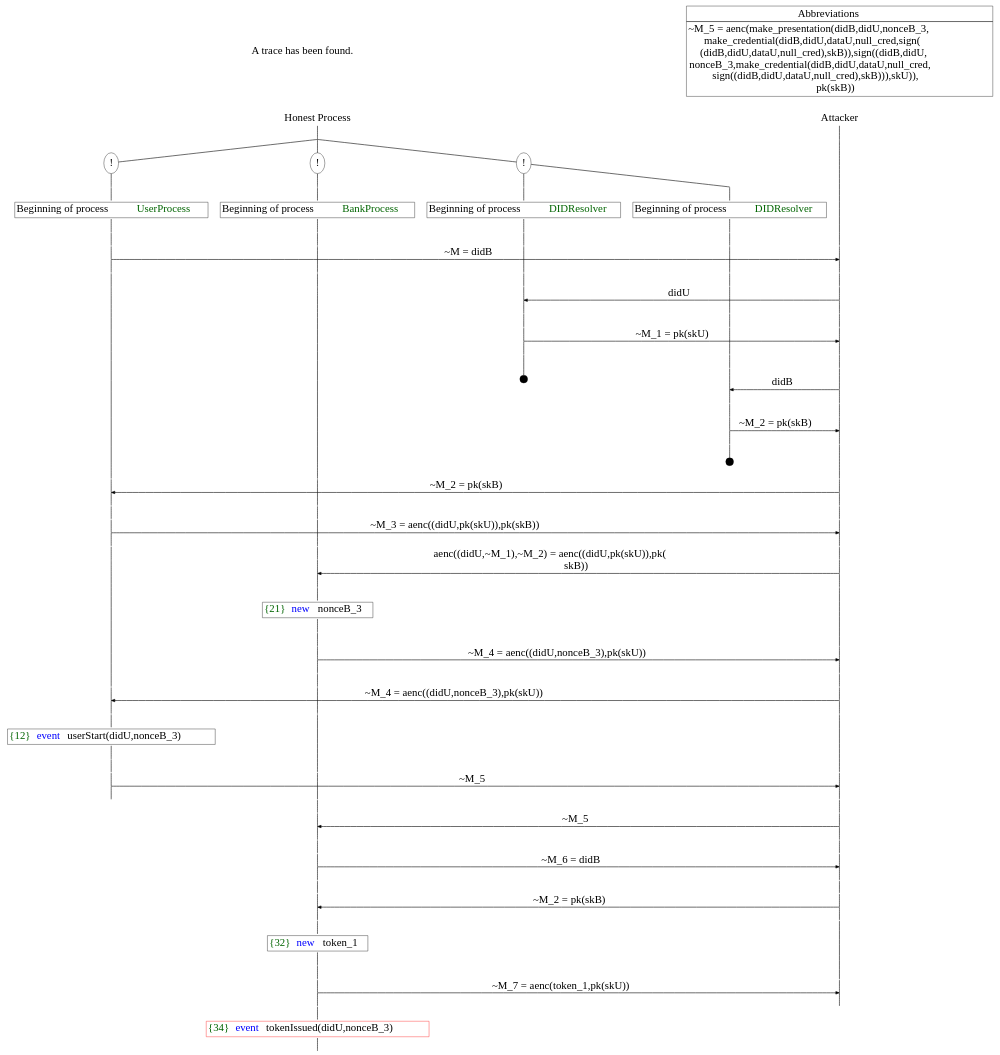
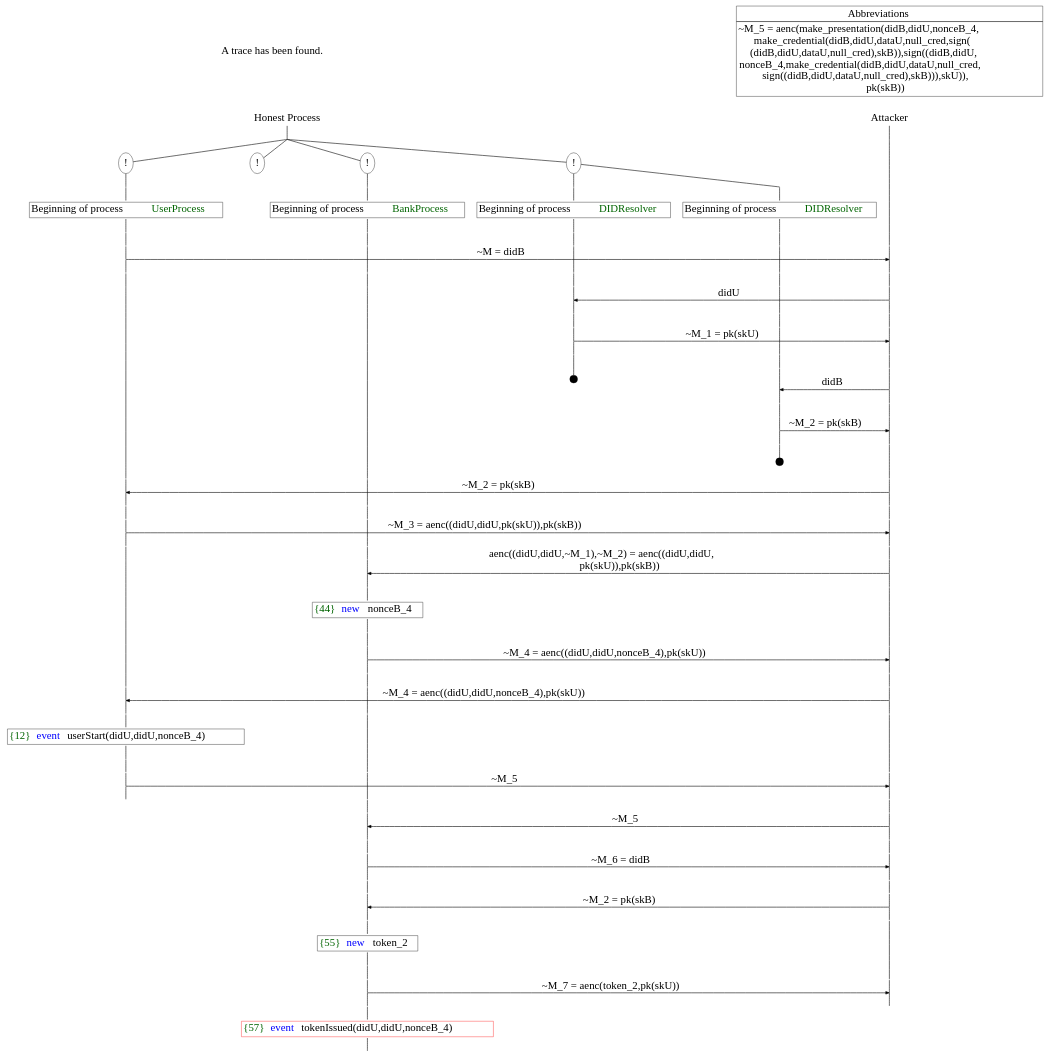
One commit to thphong/ssi-proverif changed the diagram in trace1.dot. Above: the diagram before and after it, drawn with Graphviz. The commit also changed 2 other files, not shown here.

```diff
--- a/trace1.dot
+++ b/trace1.dot
@@ -9,11 +9,12 @@
 Trace -> P0__0 [label = "", style = invisible, weight = 100]{rank = same; P0__0 P__0}
 P0__0 -> P0__1 [label = <>, weight = 100]
 /*RPar */
+P0__1 -> P0_3__1 [label = <>]
 P0__1 -> P0_2__1 [label = <>]
 P0__1 -> P0_1__1 [label = <>]
 P0__1 -> P0_0__1 [label = <>]
 P0__1 [label = "", fixedsize = false, width = 0, height = 0, shape = none]
-{rank = same; P0_0__1 P0_1__1 P0_2__1}
+{rank = same; P0_0__1 P0_1__1 P0_2__1 P0_3__1}
 P0_0__1 [label = "!", shape = ellipse]
 {rank = same; P0_0_1__1 P0_0_0__1}
 P0_0_1__1 [label = "", fixedsize = false, width = 0, height = 0, shape = none]
@@ -33,27 +34,32 @@
 P0_1_0__2 [shape = plaintext, label = <<TABLE BORDER="0" CELLBORDER="1" CELLSPACING="0" CELLPADDING="4"> <TR><TD>Beginning of process <FONT COLOR="darkgreen">BankProcess</FONT></TD></TR></TABLE>>]
 P0_1_0__2 -> P0_1_0__3 [label = <>, weight = 100]
 P0_2__1 [label = "!", shape = ellipse]
-P0_2_0__1 [label = "", fixedsize = false, width = 0, height = 0, shape = none]
-P0_2__1 -> P0_2_0__1 [label = <>, weight = 100]
-P0_2_0__1 -> P0_2_0__2 [label = <>, weight = 100]
-P0_2_0__2 [shape = plaintext, label = <<TABLE BORDER="0" CELLBORDER="1" CELLSPACING="0" CELLPADDING="4"> <TR><TD>Beginning of process <FONT COLOR="darkgreen">UserProcess</FONT></TD></TR></TABLE>>]
-P0_2_0__2 -> P0_2_0__3 [label = <>, weight = 100]
-P0_2_0__3 -> P0_2_0__4 [label = <>, weight = 100]
+P0_3__1 [label = "!", shape = ellipse]
+P0_3_0__1 [label = "", fixedsize = false, width = 0, height = 0, shape = none]
+P0_3__1 -> P0_3_0__1 [label = <>, weight = 100]
+P0_3_0__1 -> P0_3_0__2 [label = <>, weight = 100]
+P0_3_0__2 [shape = plaintext, label = <<TABLE BORDER="0" CELLBORDER="1" CELLSPACING="0" CELLPADDING="4"> <TR><TD>Beginning of process <FONT COLOR="darkgreen">UserProcess</FONT></TD></TR></TABLE>>]
+P0_3_0__2 -> P0_3_0__3 [label = <>, weight = 100]
+P0_3_0__3 -> P0_3_0__4 [label = <>, weight = 100]
+P0_2__2 [label = "", style = invisible]
+P0_2__1 -> P0_2__2 [label = <>, weight = 100, style = invisible]
 P0_1_0__3 -> P0_1_0__4 [label = <>, weight = 100]
 P0_0_1__3 -> P0_0_1__4 [label = <>, weight = 100]
 P0_0_0__3 -> P0_0_0__4 [label = <>, weight = 100]
 P__0 -> P__1 [label = <>, weight = 100]
-{rank = same; P__1 P0_0_0__4 P0_0_1__4 P0_1_0__4 P0_2_0__4}
-P0_2_0__4 -> P0_2_0__5 [label = <>, weight = 100]
+{rank = same; P__1 P0_0_0__4 P0_0_1__4 P0_1_0__4 P0_2__2 P0_3_0__4}
+P0_3_0__4 -> P0_3_0__5 [label = <>, weight = 100]
 P__1 -> P__2 [label = <>, weight = 100]
-{rank = same; P__2 P0_2_0__5}
-P0_2_0__5 -> P__2 [label = <~M = didB>, arrowhead = normal]
-P0_2_0__5 -> P0_2_0__6 [label = <>, weight = 100]
+{rank = same; P__2 P0_3_0__5}
+P0_3_0__5 -> P__2 [label = <~M = didB>, arrowhead = normal]
+P0_3_0__5 -> P0_3_0__6 [label = <>, weight = 100]
+P0_2__3 [label = "", style = invisible]
+P0_2__2 -> P0_2__3 [label = <>, weight = 100, style = invisible]
 P0_1_0__4 -> P0_1_0__5 [label = <>, weight = 100]
 P0_0_1__4 -> P0_0_1__5 [label = <>, weight = 100]
 P0_0_0__4 -> P0_0_0__5 [label = <>, weight = 100]
 P__2 -> P__3 [label = <>, weight = 100]
-{rank = same; P__3 P0_0_0__5 P0_0_1__5 P0_1_0__5 P0_2_0__6}
+{rank = same; P__3 P0_0_0__5 P0_0_1__5 P0_1_0__5 P0_2__3 P0_3_0__6}
 P0_0_1__5 -> P0_0_1__6 [label = <>, weight = 100]
 P0_0_0__5 -> P0_0_0__6 [label = <>, weight = 100]
 P__3 -> P__4 [label = <>, weight = 100]
@@ -102,46 +108,54 @@
 {rank = same; P__15 P0_0_0__15}
 P0_0_0__16 [label = "", width = 0.3, height = 0.3]
 P0_0_0__15 -> P0_0_0__16 [label = <>, weight = 100]
-P0_2_0__6 -> P0_2_0__7 [label = <>, weight = 100]
+P0_3_0__6 -> P0_3_0__7 [label = <>, weight = 100]
+P0_2__4 [label = "", style = invisible]
+P0_2__3 -> P0_2__4 [label = <>, weight = 100, style = invisible]
 P0_1_0__5 -> P0_1_0__6 [label = <>, weight = 100]
 P0_0_1__13 [label = "", style = invisible]
 P0_0_1__12 -> P0_0_1__13 [label = <>, weight = 100, style = invisible]
 P0_0_0__17 [label = "", style = invisible]
 P0_0_0__16 -> P0_0_0__17 [label = <>, weight = 100, style = invisible]
 P__15 -> P__16 [label = <>, weight = 100]
-{rank = same; P__16 P0_0_0__17 P0_0_1__13 P0_1_0__6 P0_2_0__7}
-P0_2_0__7 -> P0_2_0__8 [label = <>, weight = 100]
+{rank = same; P__16 P0_0_0__17 P0_0_1__13 P0_1_0__6 P0_2__4 P0_3_0__7}
+P0_3_0__7 -> P0_3_0__8 [label = <>, weight = 100]
 P__16 -> P__17 [label = <>, weight = 100]
-{rank = same; P__17 P0_2_0__8}
-P0_2_0__8 -> P__17 [label = <~M_2 = pk(skB)>, dir = back, arrowhead = normal]
-P0_2_0__8 -> P0_2_0__9 [label = <>, weight = 100]
+{rank = same; P__17 P0_3_0__8}
+P0_3_0__8 -> P__17 [label = <~M_2 = pk(skB)>, dir = back, arrowhead = normal]
+P0_3_0__8 -> P0_3_0__9 [label = <>, weight = 100]
+P0_2__5 [label = "", style = invisible]
+P0_2__4 -> P0_2__5 [label = <>, weight = 100, style = invisible]
 P0_1_0__6 -> P0_1_0__7 [label = <>, weight = 100]
 P0_0_1__14 [label = "", style = invisible]
 P0_0_1__13 -> P0_0_1__14 [label = <>, weight = 100, style = invisible]
 P0_0_0__18 [label = "", style = invisible]
 P0_0_0__17 -> P0_0_0__18 [label = <>, weight = 100, style = invisible]
 P__17 -> P__18 [label = <>, weight = 100]
-{rank = same; P__18 P0_0_0__18 P0_0_1__14 P0_1_0__7 P0_2_0__9}
-P0_2_0__9 -> P0_2_0__10 [label = <>, weight = 100]
+{rank = same; P__18 P0_0_0__18 P0_0_1__14 P0_1_0__7 P0_2__5 P0_3_0__9}
+P0_3_0__9 -> P0_3_0__10 [label = <>, weight = 100]
+P0_2__6 [label = "", style = invisible]
+P0_2__5 -> P0_2__6 [label = <>, weight = 100, style = invisible]
 P0_1_0__7 -> P0_1_0__8 [label = <>, weight = 100]
 P0_0_1__15 [label = "", style = invisible]
 P0_0_1__14 -> P0_0_1__15 [label = <>, weight = 100, style = invisible]
 P0_0_0__19 [label = "", style = invisible]
 P0_0_0__18 -> P0_0_0__19 [label = <>, weight = 100, style = invisible]
 P__18 -> P__19 [label = <>, weight = 100]
-{rank = same; P__19 P0_0_0__19 P0_0_1__15 P0_1_0__8 P0_2_0__10}
-P0_2_0__10 -> P0_2_0__11 [label = <>, weight = 100]
+{rank = same; P__19 P0_0_0__19 P0_0_1__15 P0_1_0__8 P0_2__6 P0_3_0__10}
+P0_3_0__10 -> P0_3_0__11 [label = <>, weight = 100]
 P__19 -> P__20 [label = <>, weight = 100]
-{rank = same; P__20 P0_2_0__11}
-P0_2_0__11 -> P__20 [label = <~M_3 = aenc((didU,pk(skU)),pk(skB))>, arrowhead = normal]
-P0_2_0__11 -> P0_2_0__12 [label = <>, weight = 100]
+{rank = same; P__20 P0_3_0__11}
+P0_3_0__11 -> P__20 [label = <~M_3 = aenc((didU,didU,pk(skU)),pk(skB))>, arrowhead = normal]
+P0_3_0__11 -> P0_3_0__12 [label = <>, weight = 100]
+P0_2__7 [label = "", style = invisible]
+P0_2__6 -> P0_2__7 [label = <>, weight = 100, style = invisible]
 P0_1_0__8 -> P0_1_0__9 [label = <>, weight = 100]
 P0_0_1__16 [label = "", style = invisible]
 P0_0_1__15 -> P0_0_1__16 [label = <>, weight = 100, style = invisible]
 P0_0_0__20 [label = "", style = invisible]
 P0_0_0__19 -> P0_0_0__20 [label = <>, weight = 100, style = invisible]
 P__20 -> P__21 [label = <>, weight = 100]
-{rank = same; P__21 P0_0_0__20 P0_0_1__16 P0_1_0__9 P0_2_0__12}
+{rank = same; P__21 P0_0_0__20 P0_0_1__16 P0_1_0__9 P0_2__7 P0_3_0__12}
 P0_1_0__9 -> P0_1_0__10 [label = <>, weight = 100]
 P0_0_1__17 [label = "", style = invisible]
 P0_0_1__16 -> P0_0_1__17 [label = <>, weight = 100, style = invisible]
@@ -152,8 +166,8 @@
 P0_1_0__10 -> P0_1_0__11 [label = <>, weight = 100]
 P__22 -> P__23 [label = <>, weight = 100]
 {rank = same; P__23 P0_1_0__11}
-P0_1_0__11 -> P__23 [label = <aenc((didU,~M_1),~M_2) = aenc((didU,pk(skU)),pk(<br/>
-skB))>, dir = back, arrowhead = normal]
+P0_1_0__11 -> P__23 [label = <aenc((didU,didU,~M_1),~M_2) = aenc((didU,didU,<br/>
+pk(skU)),pk(skB))>, dir = back, arrowhead = normal]
 P0_1_0__11 -> P0_1_0__12 [label = <>, weight = 100]
 P0_0_1__18 [label = "", style = invisible]
 P0_0_1__17 -> P0_0_1__18 [label = <>, weight = 100, style = invisible]
@@ -162,7 +176,7 @@
 P__23 -> P__24 [label = <>, weight = 100]
 {rank = same; P__24 P0_0_0__22 P0_0_1__18 P0_1_0__12}
 P0_1_0__12 -> P0_1_0__13 [label = <>, weight = 100]
-P0_1_0__13 [shape = plaintext, label = <<TABLE BORDER="0" CELLBORDER="1" CELLSPACING="0" CELLPADDING="4"> <TR><TD><FONT COLOR="darkgreen">{21}</FONT><FONT COLOR="blue">new </FONT>nonceB_3</TD></TR></TABLE>>]
+P0_1_0__13 [shape = plaintext, label = <<TABLE BORDER="0" CELLBORDER="1" CELLSPACING="0" CELLPADDING="4"> <TR><TD><FONT COLOR="darkgreen">{44}</FONT><FONT COLOR="blue">new </FONT>nonceB_4</TD></TR></TABLE>>]
 P0_1_0__13 -> P0_1_0__14 [label = <>, weight = 100]
 P0_1_0__14 -> P0_1_0__15 [label = <>, weight = 100]
 P0_0_1__19 [label = "", style = invisible]
@@ -174,7 +188,7 @@
 P0_1_0__15 -> P0_1_0__16 [label = <>, weight = 100]
 P__25 -> P__26 [label = <>, weight = 100]
 {rank = same; P__26 P0_1_0__16}
-P0_1_0__16 -> P__26 [label = <~M_4 = aenc((didU,nonceB_3),pk(skU))>, arrowhead = normal]
+P0_1_0__16 -> P__26 [label = <~M_4 = aenc((didU,didU,nonceB_4),pk(skU))>, arrowhead = normal]
 P0_1_0__16 -> P0_1_0__17 [label = <>, weight = 100]
 P0_0_1__20 [label = "", style = invisible]
 P0_0_1__19 -> P0_0_1__20 [label = <>, weight = 100, style = invisible]
@@ -182,49 +196,57 @@
 P0_0_0__23 -> P0_0_0__24 [label = <>, weight = 100, style = invisible]
 P__26 -> P__27 [label = <>, weight = 100]
 {rank = same; P__27 P0_0_0__24 P0_0_1__20 P0_1_0__17}
-P0_2_0__12 -> P0_2_0__13 [label = <>, weight = 100]
+P0_3_0__12 -> P0_3_0__13 [label = <>, weight = 100]
+P0_2__8 [label = "", style = invisible]
+P0_2__7 -> P0_2__8 [label = <>, weight = 100, style = invisible]
 P0_1_0__17 -> P0_1_0__18 [label = <>, weight = 100]
 P0_0_1__21 [label = "", style = invisible]
 P0_0_1__20 -> P0_0_1__21 [label = <>, weight = 100, style = invisible]
 P0_0_0__25 [label = "", style = invisible]
 P0_0_0__24 -> P0_0_0__25 [label = <>, weight = 100, style = invisible]
 P__27 -> P__28 [label = <>, weight = 100]
-{rank = same; P__28 P0_0_0__25 P0_0_1__21 P0_1_0__18 P0_2_0__13}
-P0_2_0__13 -> P0_2_0__14 [label = <>, weight = 100]
+{rank = same; P__28 P0_0_0__25 P0_0_1__21 P0_1_0__18 P0_2__8 P0_3_0__13}
+P0_3_0__13 -> P0_3_0__14 [label = <>, weight = 100]
 P__28 -> P__29 [label = <>, weight = 100]
-{rank = same; P__29 P0_2_0__14}
-P0_2_0__14 -> P__29 [label = <~M_4 = aenc((didU,nonceB_3),pk(skU))>, dir = back, arrowhead = normal]
-P0_2_0__14 -> P0_2_0__15 [label = <>, weight = 100]
+{rank = same; P__29 P0_3_0__14}
+P0_3_0__14 -> P__29 [label = <~M_4 = aenc((didU,didU,nonceB_4),pk(skU))>, dir = back, arrowhead = normal]
+P0_3_0__14 -> P0_3_0__15 [label = <>, weight = 100]
+P0_2__9 [label = "", style = invisible]
+P0_2__8 -> P0_2__9 [label = <>, weight = 100, style = invisible]
 P0_1_0__18 -> P0_1_0__19 [label = <>, weight = 100]
 P0_0_1__22 [label = "", style = invisible]
 P0_0_1__21 -> P0_0_1__22 [label = <>, weight = 100, style = invisible]
 P0_0_0__26 [label = "", style = invisible]
 P0_0_0__25 -> P0_0_0__26 [label = <>, weight = 100, style = invisible]
 P__29 -> P__30 [label = <>, weight = 100]
-{rank = same; P__30 P0_0_0__26 P0_0_1__22 P0_1_0__19 P0_2_0__15}
-P0_2_0__15 -> P0_2_0__16 [label = <>, weight = 100]
-P0_2_0__16 [shape = plaintext, label = <<TABLE BORDER="0" CELLBORDER="1" CELLSPACING="0" CELLPADDING="4"> <TR><TD><FONT COLOR="darkgreen">{12}</FONT><FONT COLOR="blue">event</FONT> userStart(didU,nonceB_3)</TD></TR></TABLE>>]
-P0_2_0__16 -> P0_2_0__17 [label = <>, weight = 100]
-P0_2_0__17 -> P0_2_0__18 [label = <>, weight = 100]
+{rank = same; P__30 P0_0_0__26 P0_0_1__22 P0_1_0__19 P0_2__9 P0_3_0__15}
+P0_3_0__15 -> P0_3_0__16 [label = <>, weight = 100]
+P0_3_0__16 [shape = plaintext, label = <<TABLE BORDER="0" CELLBORDER="1" CELLSPACING="0" CELLPADDING="4"> <TR><TD><FONT COLOR="darkgreen">{12}</FONT><FONT COLOR="blue">event</FONT> userStart(didU,didU,nonceB_4)</TD></TR></TABLE>>]
+P0_3_0__16 -> P0_3_0__17 [label = <>, weight = 100]
+P0_3_0__17 -> P0_3_0__18 [label = <>, weight = 100]
+P0_2__10 [label = "", style = invisible]
+P0_2__9 -> P0_2__10 [label = <>, weight = 100, style = invisible]
 P0_1_0__19 -> P0_1_0__20 [label = <>, weight = 100]
 P0_0_1__23 [label = "", style = invisible]
 P0_0_1__22 -> P0_0_1__23 [label = <>, weight = 100, style = invisible]
 P0_0_0__27 [label = "", style = invisible]
 P0_0_0__26 -> P0_0_0__27 [label = <>, weight = 100, style = invisible]
 P__30 -> P__31 [label = <>, weight = 100]
-{rank = same; P__31 P0_0_0__27 P0_0_1__23 P0_1_0__20 P0_2_0__18}
-P0_2_0__18 -> P0_2_0__19 [label = <>, weight = 100]
+{rank = same; P__31 P0_0_0__27 P0_0_1__23 P0_1_0__20 P0_2__10 P0_3_0__18}
+P0_3_0__18 -> P0_3_0__19 [label = <>, weight = 100]
 P__31 -> P__32 [label = <>, weight = 100]
-{rank = same; P__32 P0_2_0__19}
-P0_2_0__19 -> P__32 [label = <~M_5>, arrowhead = normal]
-P0_2_0__19 -> P0_2_0__20 [label = <>, weight = 100]
+{rank = same; P__32 P0_3_0__19}
+P0_3_0__19 -> P__32 [label = <~M_5>, arrowhead = normal]
+P0_3_0__19 -> P0_3_0__20 [label = <>, weight = 100]
+P0_2__11 [label = "", style = invisible]
+P0_2__10 -> P0_2__11 [label = <>, weight = 100, style = invisible]
 P0_1_0__20 -> P0_1_0__21 [label = <>, weight = 100]
 P0_0_1__24 [label = "", style = invisible]
 P0_0_1__23 -> P0_0_1__24 [label = <>, weight = 100, style = invisible]
 P0_0_0__28 [label = "", style = invisible]
 P0_0_0__27 -> P0_0_0__28 [label = <>, weight = 100, style = invisible]
 P__32 -> P__33 [label = <>, weight = 100]
-{rank = same; P__33 P0_0_0__28 P0_0_1__24 P0_1_0__21 P0_2_0__20}
+{rank = same; P__33 P0_0_0__28 P0_0_1__24 P0_1_0__21 P0_2__11 P0_3_0__20}
 P0_1_0__21 -> P0_1_0__22 [label = <>, weight = 100]
 P0_0_1__25 [label = "", style = invisible]
 P0_0_1__24 -> P0_0_1__25 [label = <>, weight = 100, style = invisible]
@@ -280,7 +302,7 @@
 P__41 -> P__42 [label = <>, weight = 100]
 {rank = same; P__42 P0_0_0__34 P0_0_1__30 P0_1_0__30}
 P0_1_0__30 -> P0_1_0__31 [label = <>, weight = 100]
-P0_1_0__31 [shape = plaintext, label = <<TABLE BORDER="0" CELLBORDER="1" CELLSPACING="0" CELLPADDING="4"> <TR><TD><FONT COLOR="darkgreen">{32}</FONT><FONT COLOR="blue">new </FONT>token_1</TD></TR></TABLE>>]
+P0_1_0__31 [shape = plaintext, label = <<TABLE BORDER="0" CELLBORDER="1" CELLSPACING="0" CELLPADDING="4"> <TR><TD><FONT COLOR="darkgreen">{55}</FONT><FONT COLOR="blue">new </FONT>token_2</TD></TR></TABLE>>]
 P0_1_0__31 -> P0_1_0__32 [label = <>, weight = 100]
 P0_1_0__32 -> P0_1_0__33 [label = <>, weight = 100]
 P0_0_1__31 [label = "", style = invisible]
@@ -292,7 +314,7 @@
 P0_1_0__33 -> P0_1_0__34 [label = <>, weight = 100]
 P__43 -> P__44 [label = <>, weight = 100]
 {rank = same; P__44 P0_1_0__34}
-P0_1_0__34 -> P__44 [label = <~M_7 = aenc(token_1,pk(skU))>, arrowhead = normal]
+P0_1_0__34 -> P__44 [label = <~M_7 = aenc(token_2,pk(skU))>, arrowhead = normal]
 P0_1_0__34 -> P0_1_0__35 [label = <>, weight = 100]
 P0_0_1__32 [label = "", style = invisible]
 P0_0_1__31 -> P0_0_1__32 [label = <>, weight = 100, style = invisible]
@@ -301,11 +323,11 @@
 P__44 -> P__45 [label = <>, weight = 100]
 {rank = same; P__45 P0_0_0__36 P0_0_1__32 P0_1_0__35}
 P0_1_0__35 -> P0_1_0__36 [label = <>, weight = 100]
-P0_1_0__36 [color = red, shape = plaintext, label = <<TABLE BORDER="0" CELLBORDER="1" CELLSPACING="0" CELLPADDING="4"> <TR><TD><FONT COLOR="darkgreen">{34}</FONT><FONT COLOR="blue">event</FONT> tokenIssued(didU,nonceB_3)</TD></TR></TABLE>>]
+P0_1_0__36 [color = red, shape = plaintext, label = <<TABLE BORDER="0" CELLBORDER="1" CELLSPACING="0" CELLPADDING="4"> <TR><TD><FONT COLOR="darkgreen">{57}</FONT><FONT COLOR="blue">event</FONT> tokenIssued(didU,didU,nonceB_4)</TD></TR></TABLE>>]
 P0_1_0__36 -> P0_1_0__37 [label = <>, weight = 100]
-Abbrev [shape = plaintext, label = <<TABLE BORDER="0" CELLBORDER="1" CELLSPACING="0" CELLPADDING="4"><TR> <TD> Abbreviations </TD></TR><TR><TD>~M_5 = aenc(make_presentation(didB,didU,nonceB_3,<br/>
+Abbrev [shape = plaintext, label = <<TABLE BORDER="0" CELLBORDER="1" CELLSPACING="0" CELLPADDING="4"><TR> <TD> Abbreviations </TD></TR><TR><TD>~M_5 = aenc(make_presentation(didB,didU,nonceB_4,<br/>
 make_credential(didB,didU,dataU,null_cred,sign(<br/>
 (didB,didU,dataU,null_cred),skB)),sign((didB,didU,<br/>
-nonceB_3,make_credential(didB,didU,dataU,null_cred,<br/>
+nonceB_4,make_credential(didB,didU,dataU,null_cred,<br/>
 sign((didB,didU,dataU,null_cred),skB))),skU)),<br/>
 pk(skB))</TD></TR></TABLE>>]Abbrev -> P__0 [style = invisible, weight =100]}
```
